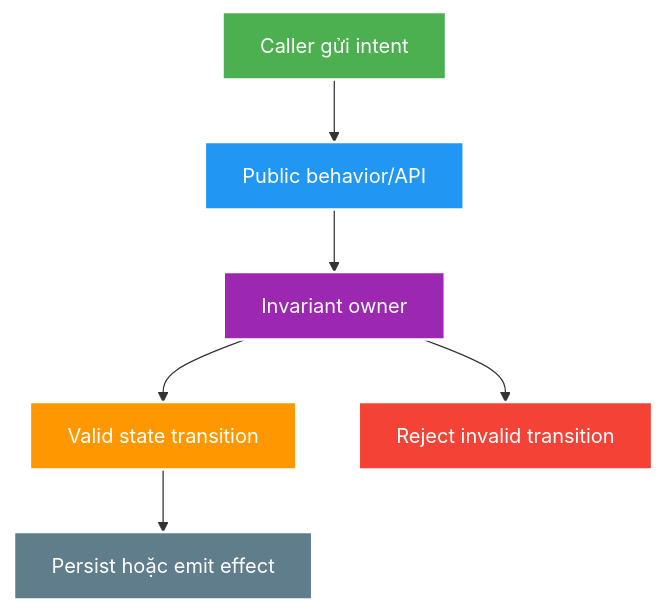
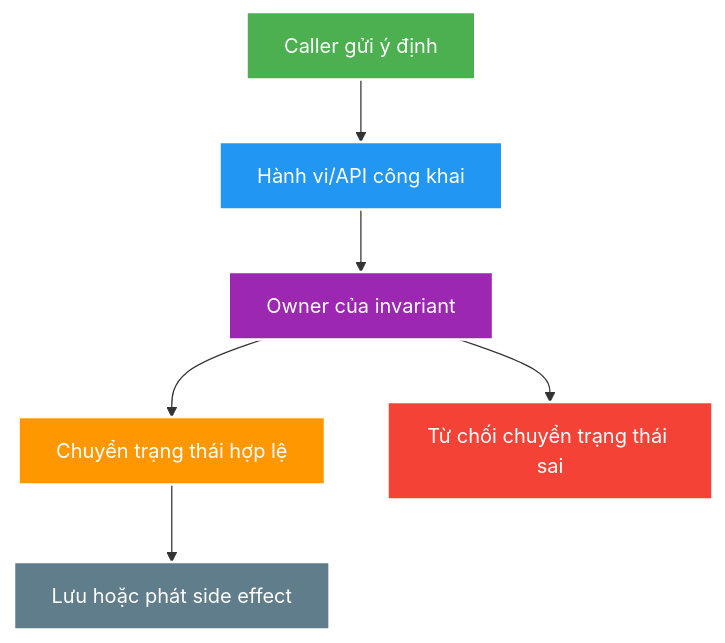
Before and after one commit to HungPhan200591/live-stream-backend: the diagram in docs/learning/topics/java/theory/core/object-oriented-design-solid-and-patterns.md, drawn with Mermaid. The commit also changed 177 other files, not shown here.

````diff
--- a/docs/learning/topics/java/theory/core/object-oriented-design-solid-and-patterns.md
+++ b/docs/learning/topics/java/theory/core/object-oriented-design-solid-and-patterns.md
@@ -30,14 +30,14 @@
 ```mermaid
 flowchart TB
-    C["Caller gửi intent"] --> A["Public behavior/API"]
-    A --> I["Invariant owner"]
-    I --> S["Valid state transition"]
-    I --> R["Reject invalid transition"]
-    S --> E["Persist hoặc emit effect"]
+    C["Caller gửi ý định"] --> A["Hành vi/API công khai"]
+    A --> I["Owner của invariant"]
+    I --> S["Chuyển trạng thái hợp lệ"]
+    I --> R["Từ chối chuyển trạng thái sai"]
+    S --> E["Lưu hoặc phát side effect"]
     style C fill:#4CAF50,stroke:#fff,stroke-width:2px,color:#fff
     style A fill:#2196F3,stroke:#fff,stroke-width:2px,color:#fff
     style I fill:#9C27B0,stroke:#fff,stroke-width:2px,color:#fff
     style S fill:#FF9800,stroke:#fff,stroke-width:2px,color:#fff
     style R fill:#F44336,stroke:#fff,stroke-width:2px,color:#fff
     style E fill:#607D8B,stroke:#fff,stroke-width:2px,color:#fff
 ```
````
